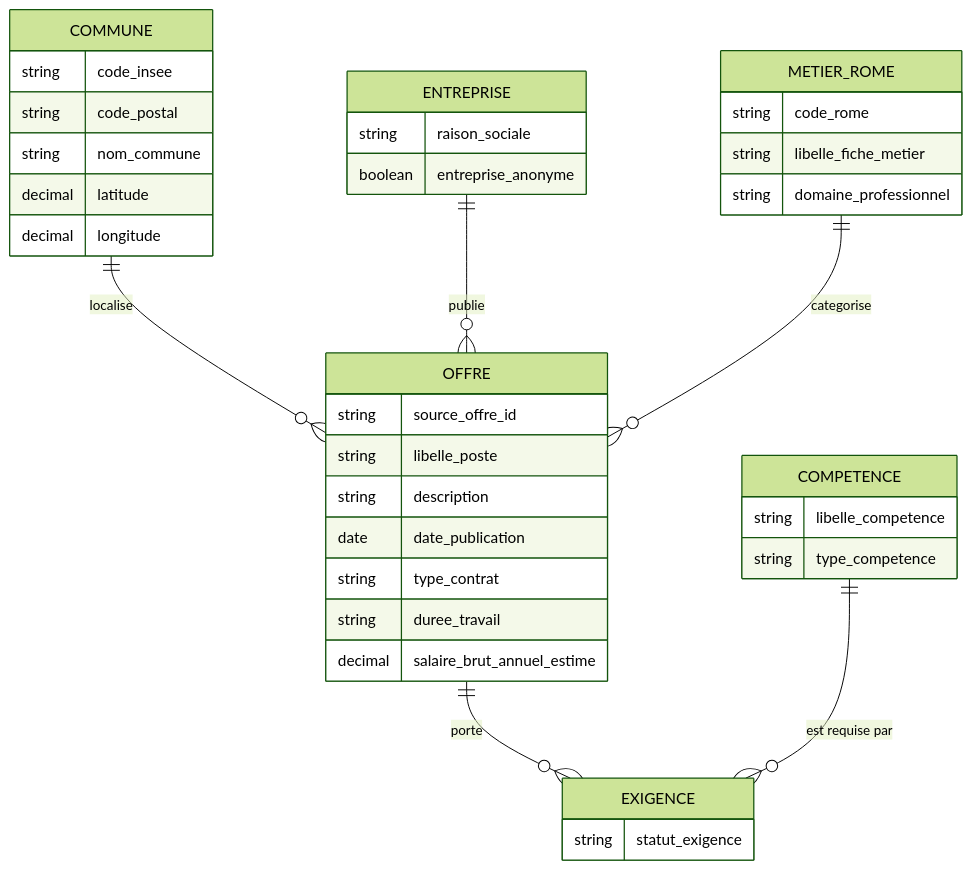
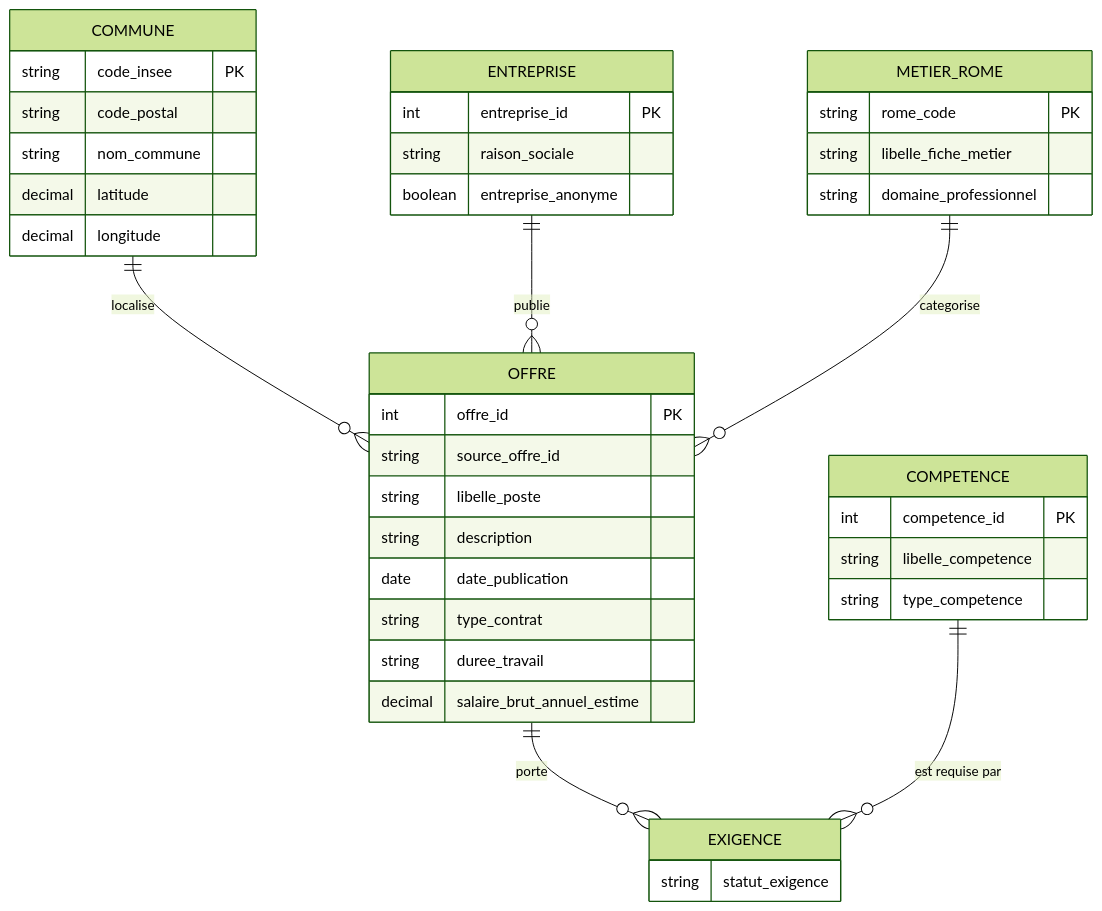
The diagram in docs/data-model/mcd.mmd (ArashiNilou/TP_Cours_Audit_Cartographie_SQL), drawn with Mermaid (forest theme) before and after one commit. The commit also changed 27 other files, not shown here.

```diff
--- a/docs/data-model/mcd.mmd
+++ b/docs/data-model/mcd.mmd
@@ -1,40 +1,43 @@
 %% MCD Merise - domaine Emploi/marche du travail (voir README.md section 5 pour le detail)
 erDiagram
     COMMUNE ||--o{ OFFRE : "localise"
     ENTREPRISE ||--o{ OFFRE : "publie"
     METIER_ROME ||--o{ OFFRE : "categorise"
     OFFRE ||--o{ EXIGENCE : "porte"
     COMPETENCE ||--o{ EXIGENCE : "est requise par"
 
     COMMUNE {
-        string code_insee
+        string code_insee PK
         string code_postal
         string nom_commune
         decimal latitude
         decimal longitude
     }
     ENTREPRISE {
+        int entreprise_id PK
         string raison_sociale
         boolean entreprise_anonyme
     }
     METIER_ROME {
-        string code_rome
+        string rome_code PK
         string libelle_fiche_metier
         string domaine_professionnel
     }
     OFFRE {
+        int offre_id PK
         string source_offre_id
         string libelle_poste
         string description
         date date_publication
         string type_contrat
         string duree_travail
         decimal salaire_brut_annuel_estime
     }
     COMPETENCE {
+        int competence_id PK
         string libelle_competence
         string type_competence
     }
     EXIGENCE {
         string statut_exigence
     }
```
